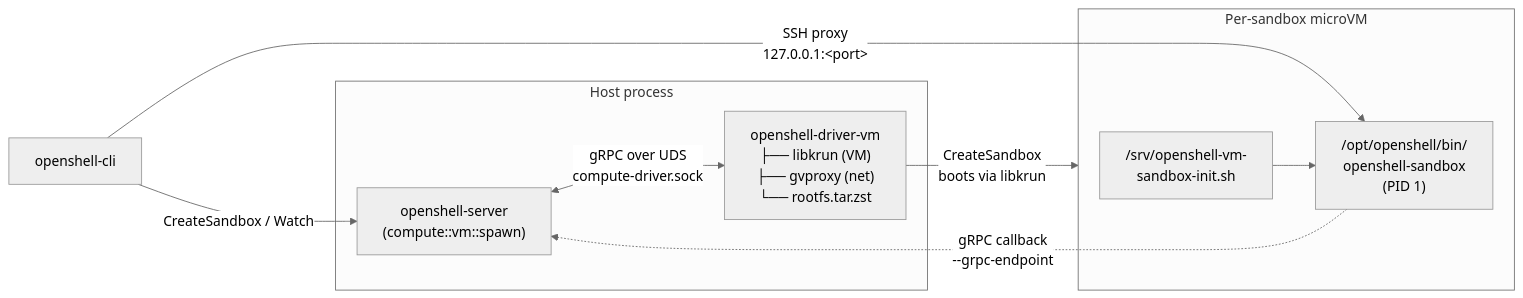
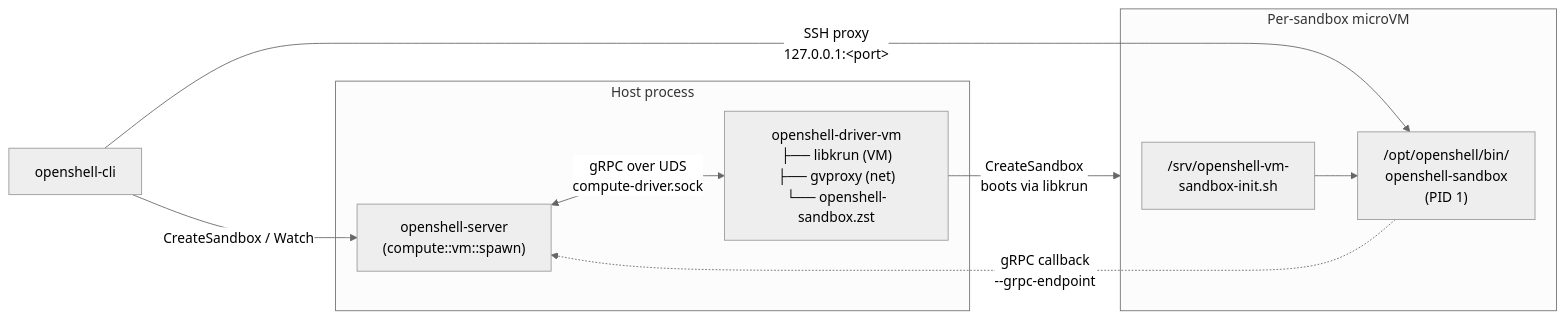
One commit to alessandro-festa/OpenShell changed the diagram in crates/openshell-driver-vm/README.md. Above: the diagram before and after it, drawn with Mermaid (neutral theme). The commit also changed other lines of this file and 21 other files, not shown here.

Commit message:
feat(vm): derive guest rootfs from sandbox images

````diff
--- a/crates/openshell-driver-vm/README.md
+++ b/crates/openshell-driver-vm/README.md
@@ -9,20 +9,20 @@
 ```mermaid
 flowchart LR
     subgraph host["Host process"]
         gateway["openshell-server<br/>(compute::vm::spawn)"]
-        driver["openshell-driver-vm<br/>├── libkrun (VM)<br/>├── gvproxy (net)<br/>└── rootfs.tar.zst"]
+        driver["openshell-driver-vm<br/>├── libkrun (VM)<br/>├── gvproxy (net)<br/>└── openshell-sandbox.zst"]
         gateway <-->|"gRPC over UDS<br/>compute-driver.sock"| driver
     end
 
     subgraph guest["Per-sandbox microVM"]
         init["/srv/openshell-vm-<br/>sandbox-init.sh"]
         supervisor["/opt/openshell/bin/<br/>openshell-sandbox<br/>(PID 1)"]
         init --> supervisor
     end
 
     driver -->|"CreateSandbox<br/>boots via libkrun"| guest
     supervisor -.->|"gRPC callback<br/>--grpc-endpoint"| gateway
 
     client["openshell-cli"] -->|"SSH proxy<br/>127.0.0.1:&lt;port&gt;"| supervisor
     client -->|"CreateSandbox / Watch"| gateway
 ```
````
